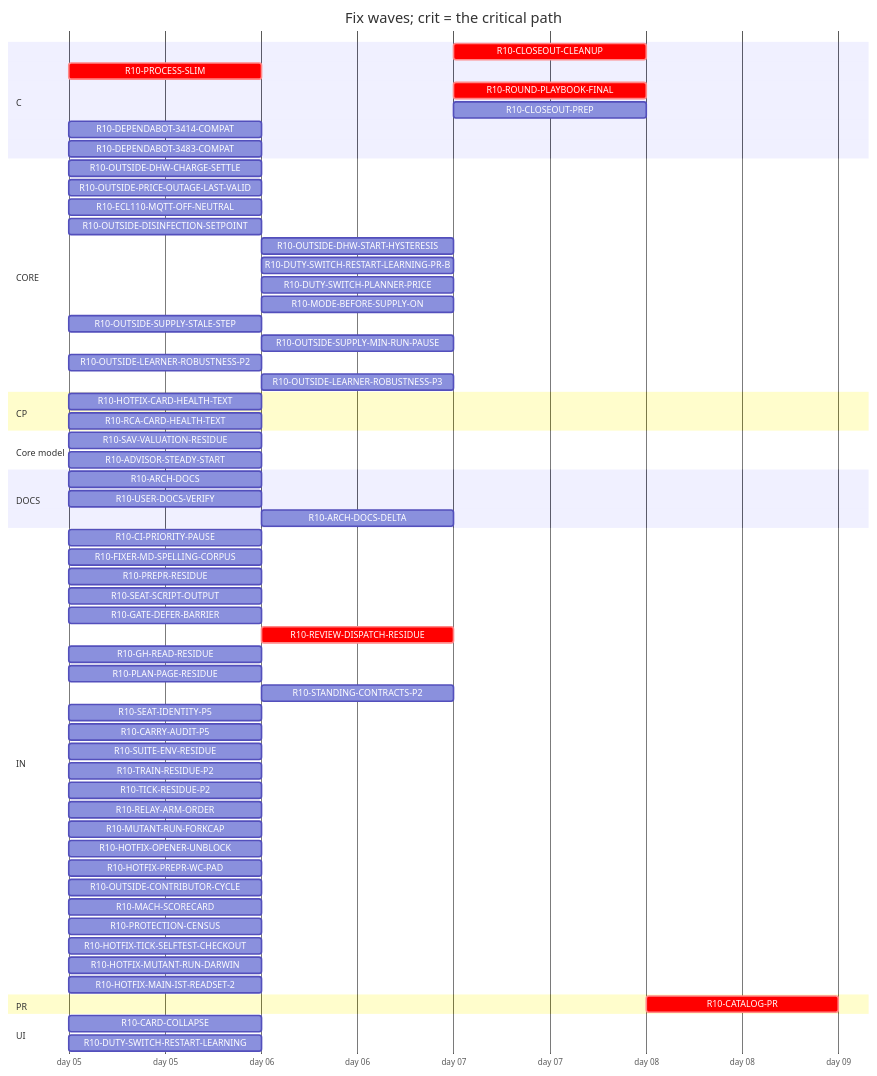
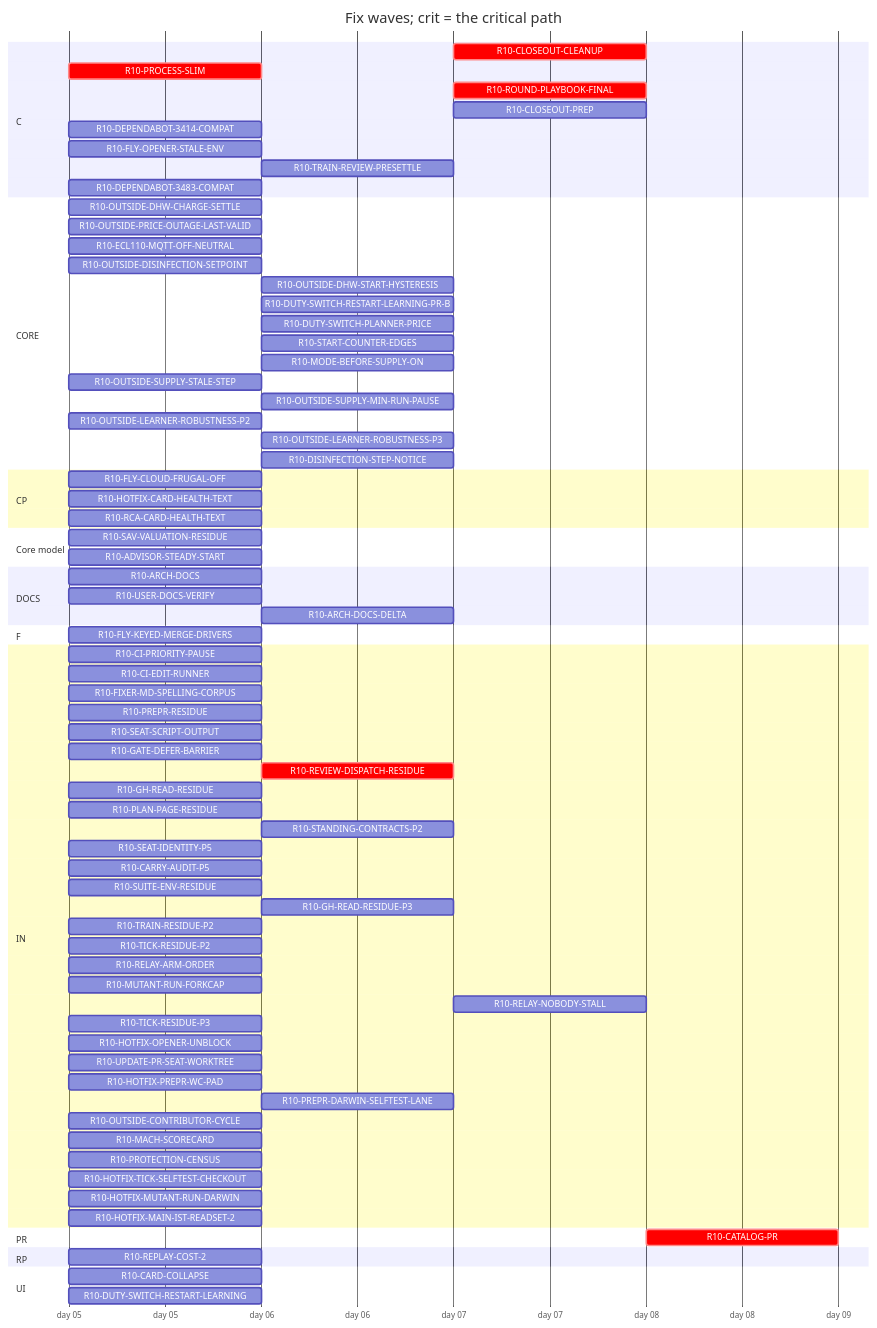
Before and after one commit to tvofi/heatpump_optimizer: the diagram in handoff/round10/state/PLAN-TABLE.md, drawn with Mermaid. The commit also changed other lines of this file and 3 other files, not shown here.

Commit message:
state: FLOW-BOARD.md, NEXT-SESSION-PROMPT.md, PLAN-TABLE.md, RESUME-CURRENT.md regenerated (state_docs.py)

````diff
--- a/handoff/round10/state/PLAN-TABLE.md
+++ b/handoff/round10/state/PLAN-TABLE.md
@@ -21,66 +23,81 @@
 ```mermaid
 gantt
   title Fix waves; crit = the critical path
   dateFormat YYYY-MM-DD
   axisFormat day %d
   section C
     R10-CLOSEOUT-CLEANUP :crit, r10CLOSEOUTCLEANUP, after r10ARCHDOCS r10USERDOCSVERIFY r10ROUNDPLAYBOOKFINAL r10CLOSEOUTPREP r10ARCHDOCSDELTA, 1d
     R10-PROCESS-SLIM :crit, r10PROCESSSLIM, 2026-01-05, 1d
     R10-ROUND-PLAYBOOK-FINAL :crit, r10ROUNDPLAYBOOKFINAL, after r10PROCESSSLIM r10FIXERMDSPELLINGCORPUS r10PREPRRESIDUE r10SEATSCRIPTOUTPUT r10REVIEWDISPATCHRESIDUE r10CARRYAUDITP5 r10SEATIDENTITYP5 r10STANDINGCONTRACTSP2 r10PLANPAGERESIDUE r10GHREADRESIDUE r10SUITEENVRESIDUE r10GATEDEFERBARRIER, 1d
     R10-CLOSEOUT-PREP :r10CLOSEOUTPREP, after r10ARCHDOCS r10PROCESSSLIM r10FIXERMDSPELLINGCORPUS r10PREPRRESIDUE r10SEATSCRIPTOUTPUT r10REVIEWDISPATCHRESIDUE r10CARRYAUDITP5 r10SEATIDENTITYP5 r10STANDINGCONTRACTSP2 r10PLANPAGERESIDUE r10GHREADRESIDUE r10SUITEENVRESIDUE r10GATEDEFERBARRIER, 1d
     R10-DEPENDABOT-3414-COMPAT :r10DEPENDABOT3414COMPAT, 2026-01-05, 1d
+    R10-FLY-OPENER-STALE-ENV :r10FLYOPENERSTALEENV, 2026-01-05, 1d
+    R10-TRAIN-REVIEW-PRESETTLE :r10TRAINREVIEWPRESETTLE, after r10TRAINRESIDUEP2, 1d
     R10-DEPENDABOT-3483-COMPAT :r10DEPENDABOT3483COMPAT, 2026-01-05, 1d
   section CORE
     R10-OUTSIDE-DHW-CHARGE-SETTLE :r10OUTSIDEDHWCHARGESETTLE, 2026-01-05, 1d
     R10-OUTSIDE-PRICE-OUTAGE-LAST-VALID :r10OUTSIDEPRICEOUTAGELASTVALID, 2026-01-05, 1d
     R10-ECL110-MQTT-OFF-NEUTRAL :r10ECL110MQTTOFFNEUTRAL, 2026-01-05, 1d
     R10-OUTSIDE-DISINFECTION-SETPOINT :r10OUTSIDEDISINFECTIONSETPOINT, 2026-01-05, 1d
     R10-OUTSIDE-DHW-START-HYSTERESIS :r10OUTSIDEDHWSTARTHYSTERESIS, after r10OUTSIDEDISINFECTIONSETPOINT, 1d
     R10-DUTY-SWITCH-RESTART-LEARNING-PR-B :r10DUTYSWITCHRESTARTLEARNINGPRB, after r10DUTYSWITCHRESTARTLEARNING, 1d
     R10-DUTY-SWITCH-PLANNER-PRICE :r10DUTYSWITCHPLANNERPRICE, after r10DUTYSWITCHRESTARTLEARNING, 1d
+    R10-START-COUNTER-EDGES :r10STARTCOUNTEREDGES, after r10DUTYSWITCHRESTARTLEARNING, 1d
     R10-MODE-BEFORE-SUPPLY-ON :r10MODEBEFORESUPPLYON, after r10DUTYSWITCHRESTARTLEARNING, 1d
     R10-OUTSIDE-SUPPLY-STALE-STEP :r10OUTSIDESUPPLYSTALESTEP, 2026-01-05, 1d
     R10-OUTSIDE-SUPPLY-MIN-RUN-PAUSE :r10OUTSIDESUPPLYMINRUNPAUSE, after r10OUTSIDESUPPLYSTALESTEP, 1d
     R10-OUTSIDE-LEARNER-ROBUSTNESS-P2 :r10OUTSIDELEARNERROBUSTNESSP2, 2026-01-05, 1d
     R10-OUTSIDE-LEARNER-ROBUSTNESS-P3 :r10OUTSIDELEARNERROBUSTNESSP3, after r10OUTSIDELEARNERROBUSTNESSP2, 1d
+    R10-DISINFECTION-STEP-NOTICE :r10DISINFECTIONSTEPNOTICE, after r10OUTSIDEDISINFECTIONSETPOINT, 1d
   section CP
+    R10-FLY-CLOUD-FRUGAL-OFF :r10FLYCLOUDFRUGALOFF, 2026-01-05, 1d
     R10-HOTFIX-CARD-HEALTH-TEXT :r10HOTFIXCARDHEALTHTEXT, 2026-01-05, 1d
     R10-RCA-CARD-HEALTH-TEXT :r10RCACARDHEALTHTEXT, 2026-01-05, 1d
   section Core model
     R10-SAV-VALUATION-RESIDUE :r10SAVVALUATIONRESIDUE, 2026-01-05, 1d
     R10-ADVISOR-STEADY-START :r10ADVISORSTEADYSTART, 2026-01-05, 1d
   section DOCS
     R10-ARCH-DOCS :r10ARCHDOCS, 2026-01-05, 1d
     R10-USER-DOCS-VERIFY :r10USERDOCSVERIFY, 2026-01-05, 1d
     R10-ARCH-DOCS-DELTA :r10ARCHDOCSDELTA, after r10ARCHDOCS r10SAVVALUATIONRESIDUE r10ADVISORSTEADYSTART r10PROCESSSLIM, 1d
+  section F
+    R10-FLY-KEYED-MERGE-DRIVERS :r10FLYKEYEDMERGEDRIVERS, 2026-01-05, 1d
   section IN
     R10-CI-PRIORITY-PAUSE :r10CIPRIORITYPAUSE, 2026-01-05, 1d
+    R10-CI-EDIT-RUNNER :r10CIEDITRUNNER, 2026-01-05, 1d
     R10-FIXER-MD-SPELLING-CORPUS :r10FIXERMDSPELLINGCORPUS, 2026-01-05, 1d
     R10-PREPR-RESIDUE :r10PREPRRESIDUE, 2026-01-05, 1d
     R10-SEAT-SCRIPT-OUTPUT :r10SEATSCRIPTOUTPUT, 2026-01-05, 1d
     R10-GATE-DEFER-BARRIER :r10GATEDEFERBARRIER, 2026-01-05, 1d
     R10-REVIEW-DISPATCH-RESIDUE :crit, r10REVIEWDISPATCHRESIDUE, after r10PROCESSSLIM, 1d
     R10-GH-READ-RESIDUE :r10GHREADRESIDUE, 2026-01-05, 1d
     R10-PLAN-PAGE-RESIDUE :r10PLANPAGERESIDUE, 2026-01-05, 1d
     R10-STANDING-CONTRACTS-P2 :r10STANDINGCONTRACTSP2, after r10FIXERMDSPELLINGCORPUS, 1d
     R10-SEAT-IDENTITY-P5 :r10SEATIDENTITYP5, 2026-01-05, 1d
     R10-CARRY-AUDIT-P5 :r10CARRYAUDITP5, 2026-01-05, 1d
     R10-SUITE-ENV-RESIDUE :r10SUITEENVRESIDUE, 2026-01-05, 1d
+    R10-GH-READ-RESIDUE-P3 :r10GHREADRESIDUEP3, after r10GHREADRESIDUE, 1d
     R10-TRAIN-RESIDUE-P2 :r10TRAINRESIDUEP2, 2026-01-05, 1d
     R10-TICK-RESIDUE-P2 :r10TICKRESIDUEP2, 2026-01-05, 1d
     R10-RELAY-ARM-ORDER :r10RELAYARMORDER, 2026-01-05, 1d
     R10-MUTANT-RUN-FORKCAP :r10MUTANTRUNFORKCAP, 2026-01-05, 1d
+    R10-RELAY-NOBODY-STALL :r10RELAYNOBODYSTALL, after r10RELAYARMORDER r10REVIEWDISPATCHRESIDUE, 1d
+    R10-TICK-RESIDUE-P3 :r10TICKRESIDUEP3, 2026-01-05, 1d
     R10-HOTFIX-OPENER-UNBLOCK :r10HOTFIXOPENERUNBLOCK, 2026-01-05, 1d
+    R10-UPDATE-PR-SEAT-WORKTREE :r10UPDATEPRSEATWORKTREE, 2026-01-05, 1d
     R10-HOTFIX-PREPR-WC-PAD :r10HOTFIXPREPRWCPAD, 2026-01-05, 1d
+    R10-PREPR-DARWIN-SELFTEST-LANE :r10PREPRDARWINSELFTESTLANE, after r10HOTFIXPREPRWCPAD, 1d
     R10-OUTSIDE-CONTRIBUTOR-CYCLE :r10OUTSIDECONTRIBUTORCYCLE, 2026-01-05, 1d
     R10-MACH-SCORECARD :r10MACHSCORECARD, 2026-01-05, 1d
     R10-PROTECTION-CENSUS :r10PROTECTIONCENSUS, 2026-01-05, 1d
     R10-HOTFIX-TICK-SELFTEST-CHECKOUT :r10HOTFIXTICKSELFTESTCHECKOUT, 2026-01-05, 1d
     R10-HOTFIX-MUTANT-RUN-DARWIN :r10HOTFIXMUTANTRUNDARWIN, 2026-01-05, 1d
     R10-HOTFIX-MAIN-IST-READSET-2 :r10HOTFIXMAINISTREADSET2, 2026-01-05, 1d
   section PR
     R10-CATALOG-PR :crit, r10CATALOGPR, after r10USERDOCSVERIFY r10ARCHDOCS r10ROUNDPLAYBOOKFINAL r10CLOSEOUTCLEANUP r10CLOSEOUTPREP r10ARCHDOCSDELTA, 1d
+  section RP
+    R10-REPLAY-COST-2 :r10REPLAYCOST2, 2026-01-05, 1d
   section UI
     R10-CARD-COLLAPSE :r10CARDCOLLAPSE, 2026-01-05, 1d
     R10-DUTY-SWITCH-RESTART-LEARNING :r10DUTYSWITCHRESTARTLEARNING, 2026-01-05, 1d
 ```
````
